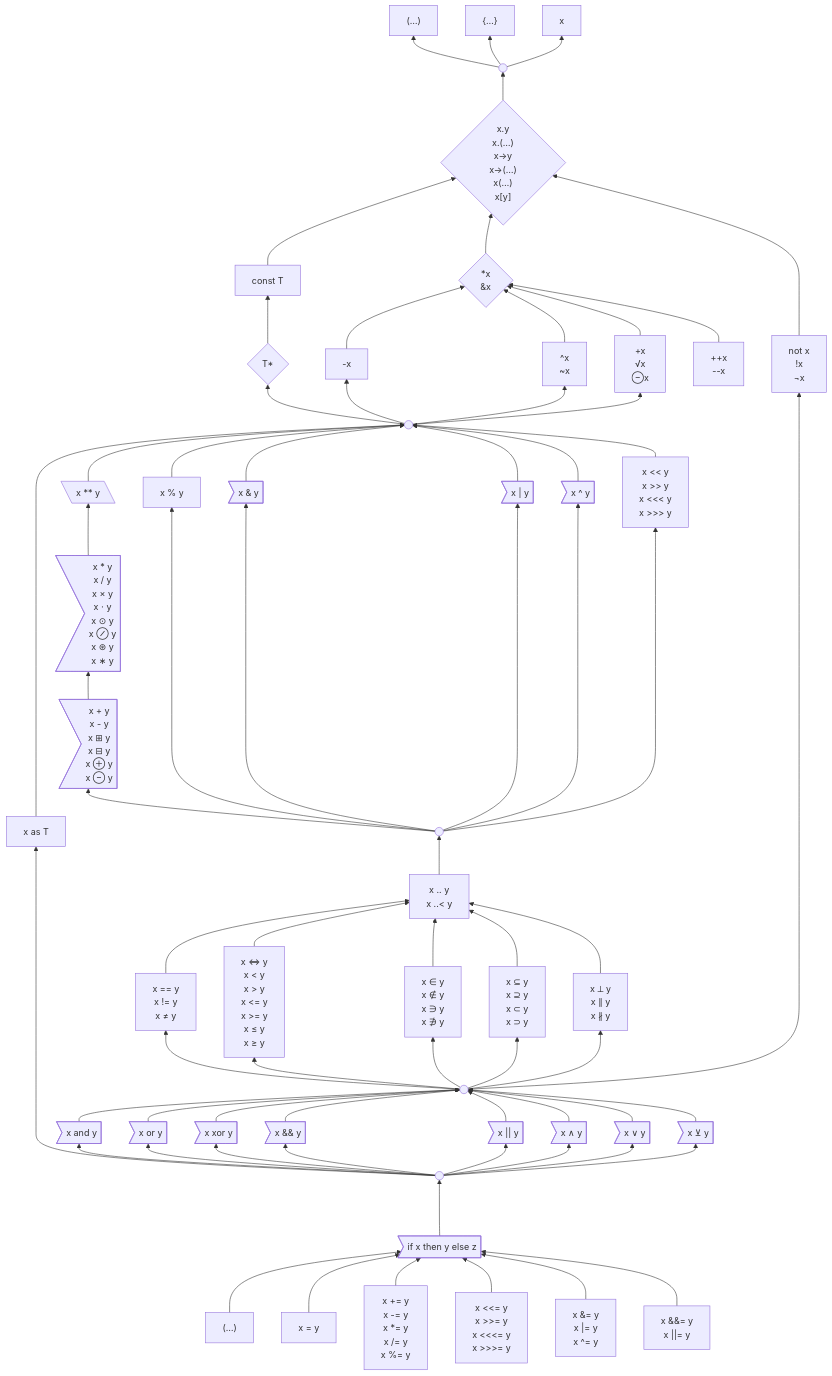
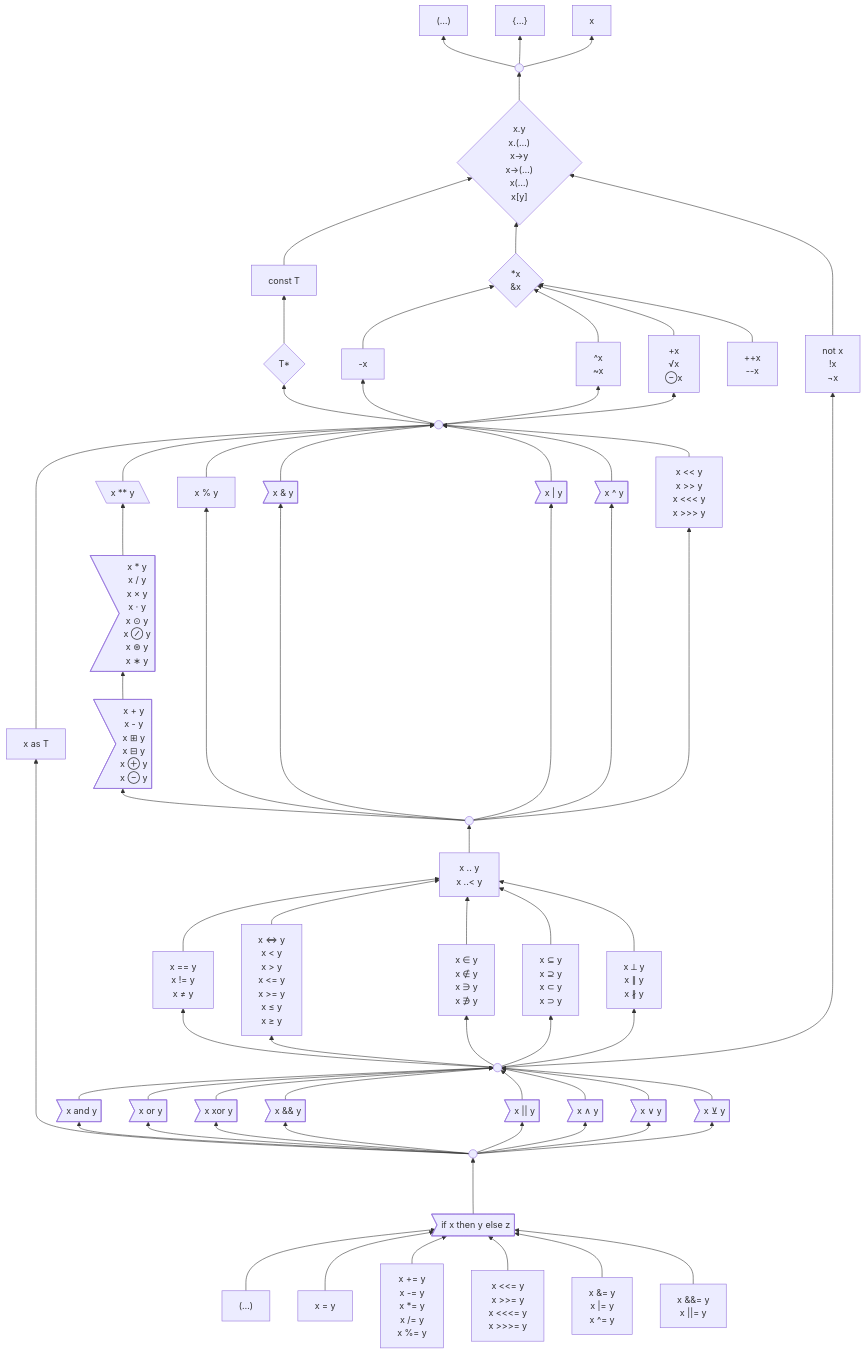
The first of 2 diagrams in 6 .../2 Unfinished Ideas.md (laro/Cilia), drawn with Mermaid before and after one commit.

Commit message:
Update 2 Unfinished Ideas.md

```diff
--- a/6 .../2 Unfinished Ideas.md
+++ b/6 .../2 Unfinished Ideas.md
@@ -319,7 +319,7 @@
     not ---> suffixOps
 
     %% `as` at the same level as comparisons
-    as -----> unary
+    as ----> unary
 
     power & modulo & bitwiseAnd & bitwiseOr & bitwiseXor & shiftRotate --> unary
     multiplication --> power
```
